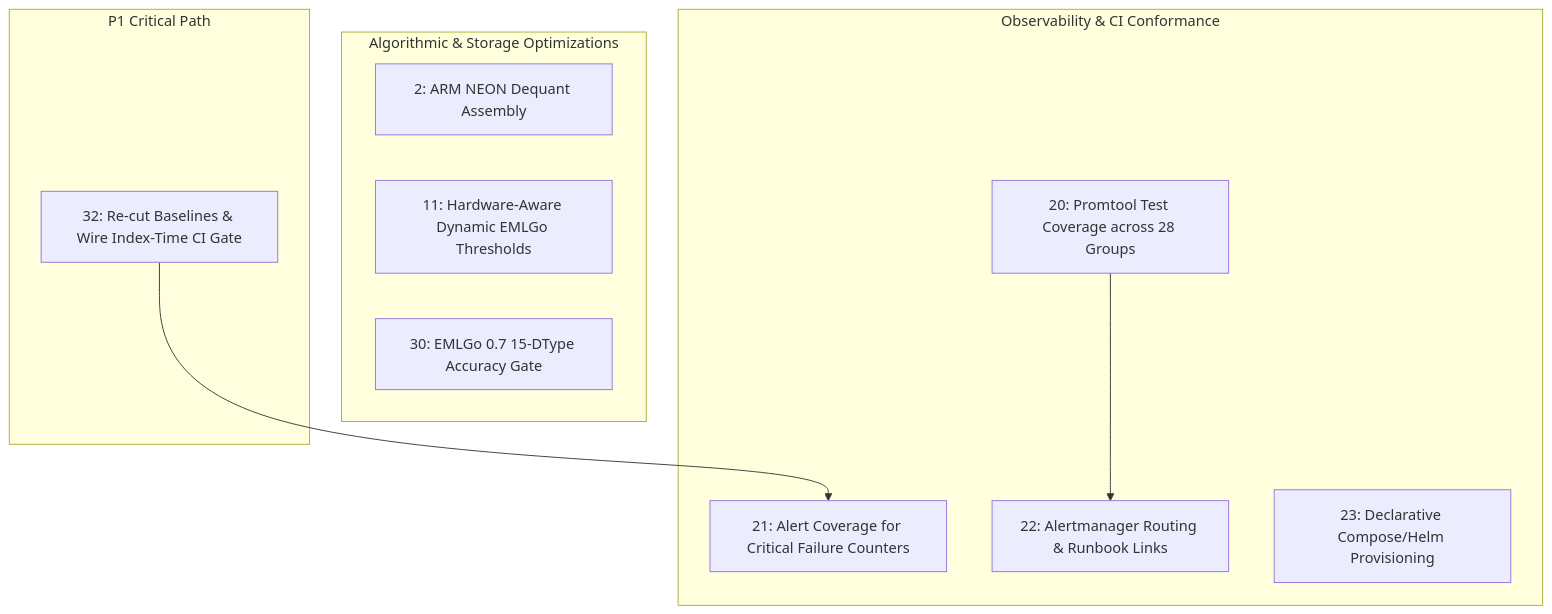
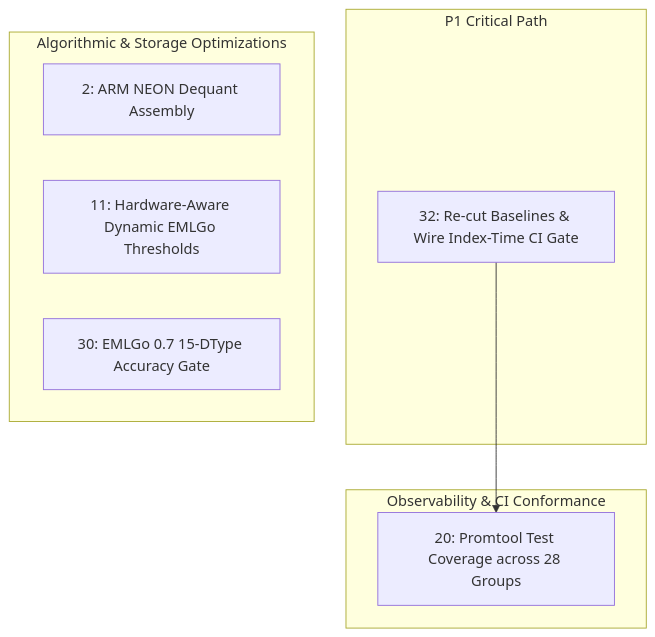
The diagram in docs/roadmap.md (23skdu/longbow), drawn with Mermaid before and after one commit. The commit also changed other lines of this file, not shown here.

Commit message:
docs(roadmap): mark Items 21 and 22/23 as completed and verified

````diff
--- a/docs/roadmap.md
+++ b/docs/roadmap.md
@@ -15,20 +15,16 @@
 ```mermaid
 graph TD
     subgraph P1["P1 Critical Path"]
         I32["32: Re-cut Baselines & Wire Index-Time CI Gate"]
     end
     subgraph P2["Algorithmic & Storage Optimizations"]
         I2["2: ARM NEON Dequant Assembly"]
         I11["11: Hardware-Aware Dynamic EMLGo Thresholds"]
         I30["30: EMLGo 0.7 15-DType Accuracy Gate"]
     end
     subgraph P3["Observability & CI Conformance"]
-        I21["21: Alert Coverage for Critical Failure Counters"]
         I20["20: Promtool Test Coverage across 28 Groups"]
-        I22["22: Alertmanager Routing & Runbook Links"]
-        I23["23: Declarative Compose/Helm Provisioning"]
     end
 
-    I32 --> I21
-    I20 --> I22
+    I32 --> I20
 ```
````
